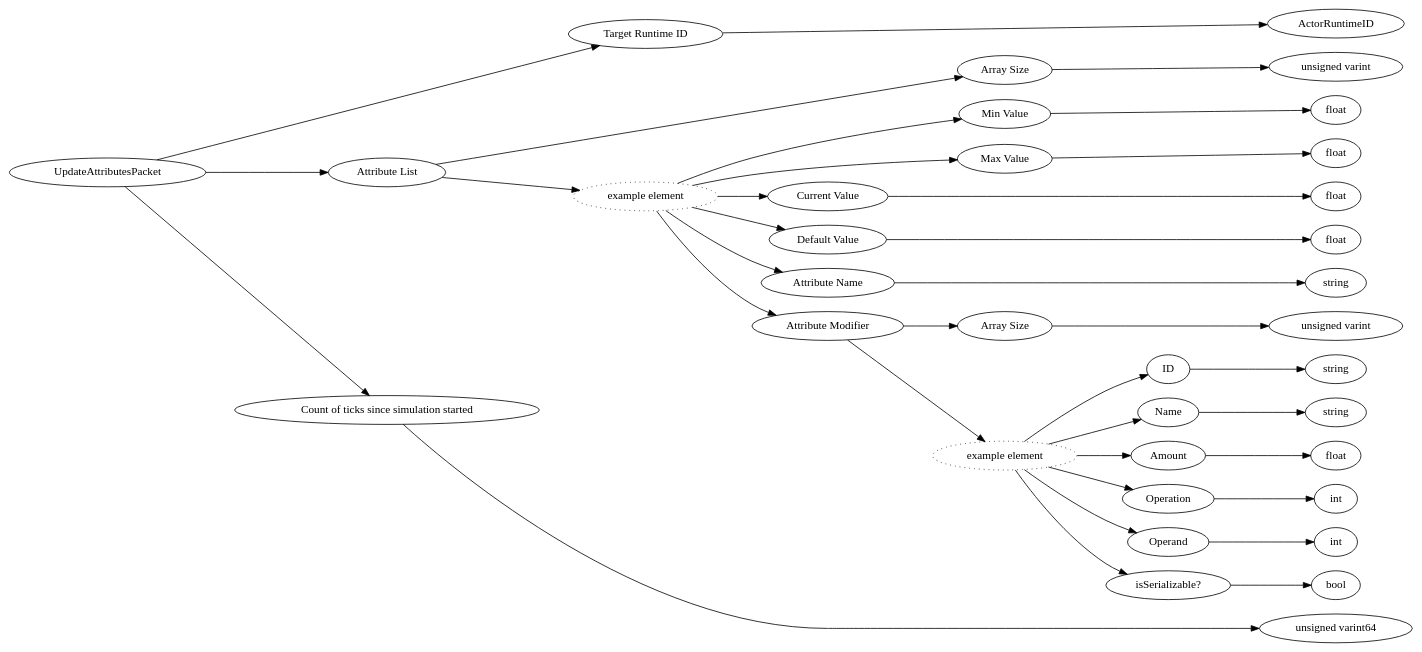
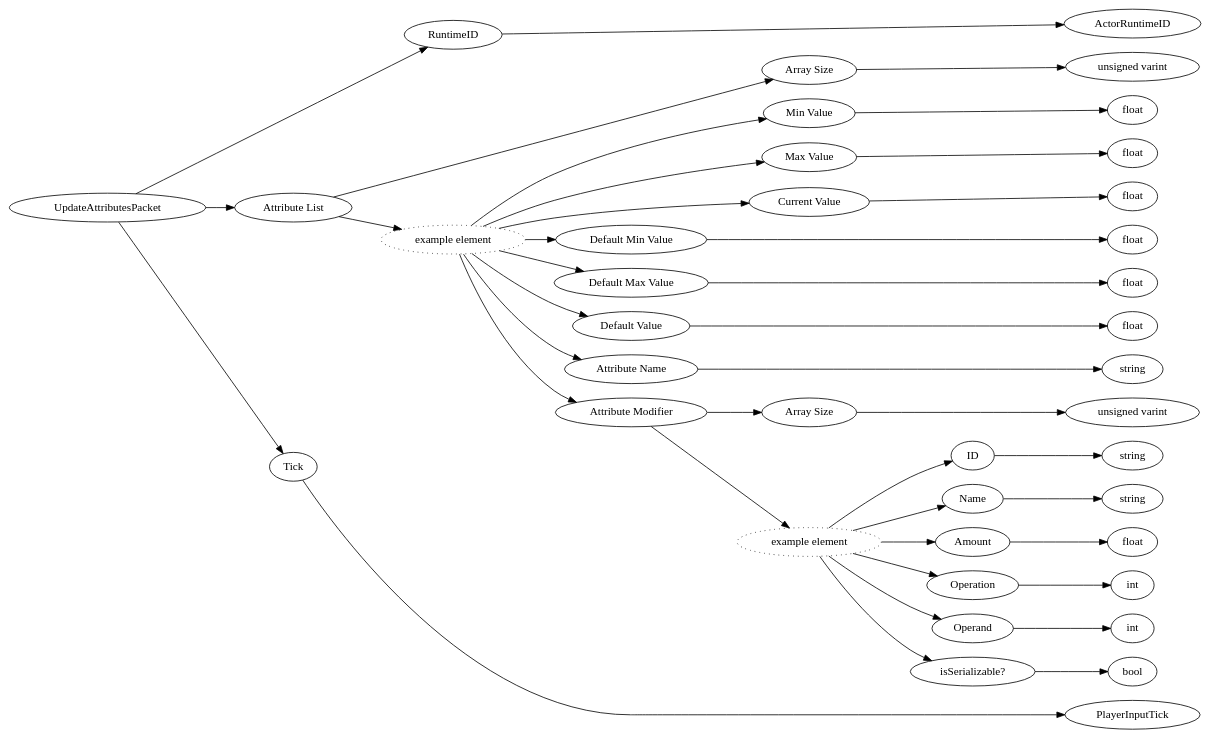
The diagram in dot/UpdateAttributesPacket.dot (Mojang/bedrock-protocol-docs), drawn with Graphviz before and after one commit. The commit also changed 118 other files, not shown here.

```diff
--- a/dot/UpdateAttributesPacket.dot
+++ b/dot/UpdateAttributesPacket.dot
@@ -1,76 +1,84 @@
 digraph "UpdateAttributesPacket" {
 rankdir = LR
 0
 0 -> 1
 1 -> 2
 0 -> 3
 3 -> 4
 4 -> 5
 3 -> 6
 6 -> 7
 7 -> 8
 6 -> 9
 9 -> 10
 6 -> 11
 11 -> 12
 6 -> 13
 13 -> 14
 6 -> 15
 15 -> 16
 6 -> 17
 17 -> 18
-18 -> 19
-17 -> 20
-20 -> 21
+6 -> 19
+19 -> 20
+6 -> 21
 21 -> 22
-20 -> 23
-23 -> 24
-20 -> 25
+22 -> 23
+21 -> 24
+24 -> 25
 25 -> 26
-20 -> 27
+24 -> 27
 27 -> 28
-20 -> 29
+24 -> 29
 29 -> 30
-20 -> 31
+24 -> 31
 31 -> 32
-0 -> 33
+24 -> 33
 33 -> 34
+24 -> 35
+35 -> 36
+0 -> 37
+37 -> 38
 
 0 [label="UpdateAttributesPacket",comment="name: \"UpdateAttributesPacket\", typeName: \"\", id: 0, branchId: 29, recurseId: -1, attributes: 0, notes: \"\""];
-1 [label="Target Runtime ID",comment="name: \"Target Runtime ID\", typeName: \"ActorRuntimeID\", id: 1, branchId: 0, recurseId: -1, attributes: 256, notes: \"\""];
+1 [label="RuntimeID",comment="name: \"RuntimeID\", typeName: \"ActorRuntimeID\", id: 1, branchId: 0, recurseId: -1, attributes: 256, notes: \"Target Runtime ID\""];
 2 [label="ActorRuntimeID",comment="name: \"ActorRuntimeID\", typeName: \"\", id: 2, branchId: 0, recurseId: -1, attributes: 512, notes: \"\""];
 3 [label="Attribute List",comment="name: \"Attribute List\", typeName: \"\", id: 3, branchId: 0, recurseId: -1, attributes: 8, notes: \"AttributeData - Helper Struct\""];
 4 [label="Array Size",comment="name: \"Array Size\", typeName: \"\", id: 4, branchId: 0, recurseId: -1, attributes: 0, notes: \"\""];
 5 [label="unsigned varint",comment="name: \"unsigned varint\", typeName: \"\", id: 5, branchId: 0, recurseId: -1, attributes: 512, notes: \"\""];
 6 [label="example element",style=dotted,comment="name: \"example element\", typeName: \"\", id: 6, branchId: 0, recurseId: -1, attributes: 16, notes: \"\""];
 7 [label="Min Value",comment="name: \"Min Value\", typeName: \"\", id: 7, branchId: 0, recurseId: -1, attributes: 0, notes: \"\""];
 8 [label="float",comment="name: \"float\", typeName: \"\", id: 8, branchId: 0, recurseId: -1, attributes: 512, notes: \"\""];
 9 [label="Max Value",comment="name: \"Max Value\", typeName: \"\", id: 9, branchId: 0, recurseId: -1, attributes: 0, notes: \"\""];
 10 [label="float",comment="name: \"float\", typeName: \"\", id: 10, branchId: 0, recurseId: -1, attributes: 512, notes: \"\""];
 11 [label="Current Value",comment="name: \"Current Value\", typeName: \"\", id: 11, branchId: 0, recurseId: -1, attributes: 0, notes: \"\""];
 12 [label="float",comment="name: \"float\", typeName: \"\", id: 12, branchId: 0, recurseId: -1, attributes: 512, notes: \"\""];
-13 [label="Default Value",comment="name: \"Default Value\", typeName: \"\", id: 13, branchId: 0, recurseId: -1, attributes: 0, notes: \"\""];
+13 [label="Default Min Value",comment="name: \"Default Min Value\", typeName: \"\", id: 13, branchId: 0, recurseId: -1, attributes: 0, notes: \"\""];
 14 [label="float",comment="name: \"float\", typeName: \"\", id: 14, branchId: 0, recurseId: -1, attributes: 512, notes: \"\""];
-15 [label="Attribute Name",comment="name: \"Attribute Name\", typeName: \"\", id: 15, branchId: 0, recurseId: -1, attributes: 0, notes: \"\""];
-16 [label="string",comment="name: \"string\", typeName: \"\", id: 16, branchId: 0, recurseId: -1, attributes: 512, notes: \"\""];
-17 [label="Attribute Modifier",comment="name: \"Attribute Modifier\", typeName: \"\", id: 17, branchId: 0, recurseId: -1, attributes: 8, notes: \"\""];
-18 [label="Array Size",comment="name: \"Array Size\", typeName: \"\", id: 18, branchId: 0, recurseId: -1, attributes: 0, notes: \"\""];
-19 [label="unsigned varint",comment="name: \"unsigned varint\", typeName: \"\", id: 19, branchId: 0, recurseId: -1, attributes: 512, notes: \"\""];
-20 [label="example element",style=dotted,comment="name: \"example element\", typeName: \"\", id: 20, branchId: 0, recurseId: -1, attributes: 16, notes: \"\""];
-21 [label="ID",comment="name: \"ID\", typeName: \"\", id: 21, branchId: 0, recurseId: -1, attributes: 0, notes: \"\""];
-22 [label="string",comment="name: \"string\", typeName: \"\", id: 22, branchId: 0, recurseId: -1, attributes: 512, notes: \"\""];
-23 [label="Name",comment="name: \"Name\", typeName: \"\", id: 23, branchId: 0, recurseId: -1, attributes: 0, notes: \"\""];
-24 [label="string",comment="name: \"string\", typeName: \"\", id: 24, branchId: 0, recurseId: -1, attributes: 512, notes: \"\""];
-25 [label="Amount",comment="name: \"Amount\", typeName: \"\", id: 25, branchId: 0, recurseId: -1, attributes: 0, notes: \"\""];
-26 [label="float",comment="name: \"float\", typeName: \"\", id: 26, branchId: 0, recurseId: -1, attributes: 512, notes: \"\""];
-27 [label="Operation",comment="name: \"Operation\", typeName: \"\", id: 27, branchId: 0, recurseId: -1, attributes: 0, notes: \"\""];
-28 [label="int",comment="name: \"int\", typeName: \"\", id: 28, branchId: 0, recurseId: -1, attributes: 512, notes: \"\""];
-29 [label="Operand",comment="name: \"Operand\", typeName: \"\", id: 29, branchId: 0, recurseId: -1, attributes: 0, notes: \"\""];
-30 [label="int",comment="name: \"int\", typeName: \"\", id: 30, branchId: 0, recurseId: -1, attributes: 512, notes: \"\""];
-31 [label="isSerializable?",comment="name: \"isSerializable?\", typeName: \"\", id: 31, branchId: 0, recurseId: -1, attributes: 0, notes: \"\""];
-32 [label="bool",comment="name: \"bool\", typeName: \"\", id: 32, branchId: 0, recurseId: -1, attributes: 512, notes: \"\""];
-33 [label="Count of ticks since simulation started",comment="name: \"Count of ticks since simulation started\", typeName: \"\", id: 33, branchId: 0, recurseId: -1, attributes: 0, notes: \"\""];
-34 [label="unsigned varint64",comment="name: \"unsigned varint64\", typeName: \"\", id: 34, branchId: 0, recurseId: -1, attributes: 512, notes: \"\""];
-{ rank = max;2;5;8;10;12;14;16;19;22;24;26;28;30;32;34}
+15 [label="Default Max Value",comment="name: \"Default Max Value\", typeName: \"\", id: 15, branchId: 0, recurseId: -1, attributes: 0, notes: \"\""];
+16 [label="float",comment="name: \"float\", typeName: \"\", id: 16, branchId: 0, recurseId: -1, attributes: 512, notes: \"\""];
+17 [label="Default Value",comment="name: \"Default Value\", typeName: \"\", id: 17, branchId: 0, recurseId: -1, attributes: 0, notes: \"\""];
+18 [label="float",comment="name: \"float\", typeName: \"\", id: 18, branchId: 0, recurseId: -1, attributes: 512, notes: \"\""];
+19 [label="Attribute Name",comment="name: \"Attribute Name\", typeName: \"\", id: 19, branchId: 0, recurseId: -1, attributes: 0, notes: \"\""];
+20 [label="string",comment="name: \"string\", typeName: \"\", id: 20, branchId: 0, recurseId: -1, attributes: 512, notes: \"\""];
+21 [label="Attribute Modifier",comment="name: \"Attribute Modifier\", typeName: \"\", id: 21, branchId: 0, recurseId: -1, attributes: 8, notes: \"\""];
+22 [label="Array Size",comment="name: \"Array Size\", typeName: \"\", id: 22, branchId: 0, recurseId: -1, attributes: 0, notes: \"\""];
+23 [label="unsigned varint",comment="name: \"unsigned varint\", typeName: \"\", id: 23, branchId: 0, recurseId: -1, attributes: 512, notes: \"\""];
+24 [label="example element",style=dotted,comment="name: \"example element\", typeName: \"\", id: 24, branchId: 0, recurseId: -1, attributes: 16, notes: \"\""];
+25 [label="ID",comment="name: \"ID\", typeName: \"\", id: 25, branchId: 0, recurseId: -1, attributes: 0, notes: \"\""];
+26 [label="string",comment="name: \"string\", typeName: \"\", id: 26, branchId: 0, recurseId: -1, attributes: 512, notes: \"\""];
+27 [label="Name",comment="name: \"Name\", typeName: \"\", id: 27, branchId: 0, recurseId: -1, attributes: 0, notes: \"\""];
+28 [label="string",comment="name: \"string\", typeName: \"\", id: 28, branchId: 0, recurseId: -1, attributes: 512, notes: \"\""];
+29 [label="Amount",comment="name: \"Amount\", typeName: \"\", id: 29, branchId: 0, recurseId: -1, attributes: 0, notes: \"\""];
+30 [label="float",comment="name: \"float\", typeName: \"\", id: 30, branchId: 0, recurseId: -1, attributes: 512, notes: \"\""];
+31 [label="Operation",comment="name: \"Operation\", typeName: \"\", id: 31, branchId: 0, recurseId: -1, attributes: 0, notes: \"\""];
+32 [label="int",comment="name: \"int\", typeName: \"\", id: 32, branchId: 0, recurseId: -1, attributes: 512, notes: \"\""];
+33 [label="Operand",comment="name: \"Operand\", typeName: \"\", id: 33, branchId: 0, recurseId: -1, attributes: 0, notes: \"\""];
+34 [label="int",comment="name: \"int\", typeName: \"\", id: 34, branchId: 0, recurseId: -1, attributes: 512, notes: \"\""];
+35 [label="isSerializable?",comment="name: \"isSerializable?\", typeName: \"\", id: 35, branchId: 0, recurseId: -1, attributes: 0, notes: \"\""];
+36 [label="bool",comment="name: \"bool\", typeName: \"\", id: 36, branchId: 0, recurseId: -1, attributes: 512, notes: \"\""];
+37 [label="Tick",comment="name: \"Tick\", typeName: \"PlayerInputTick\", id: 37, branchId: 0, recurseId: -1, attributes: 256, notes: \"If this packet is referring to the player or a client predicted vehicle they are in control of, this should be the most recently processed PlayerInputTick from their PlayerAuthInputPacket. Otherwise zero.\""];
+38 [label="PlayerInputTick",comment="name: \"PlayerInputTick\", typeName: \"\", id: 38, branchId: 0, recurseId: -1, attributes: 512, notes: \"\""];
+{ rank = max;2;5;8;10;12;14;16;18;20;23;26;28;30;32;34;36;38}
 
 }
```
